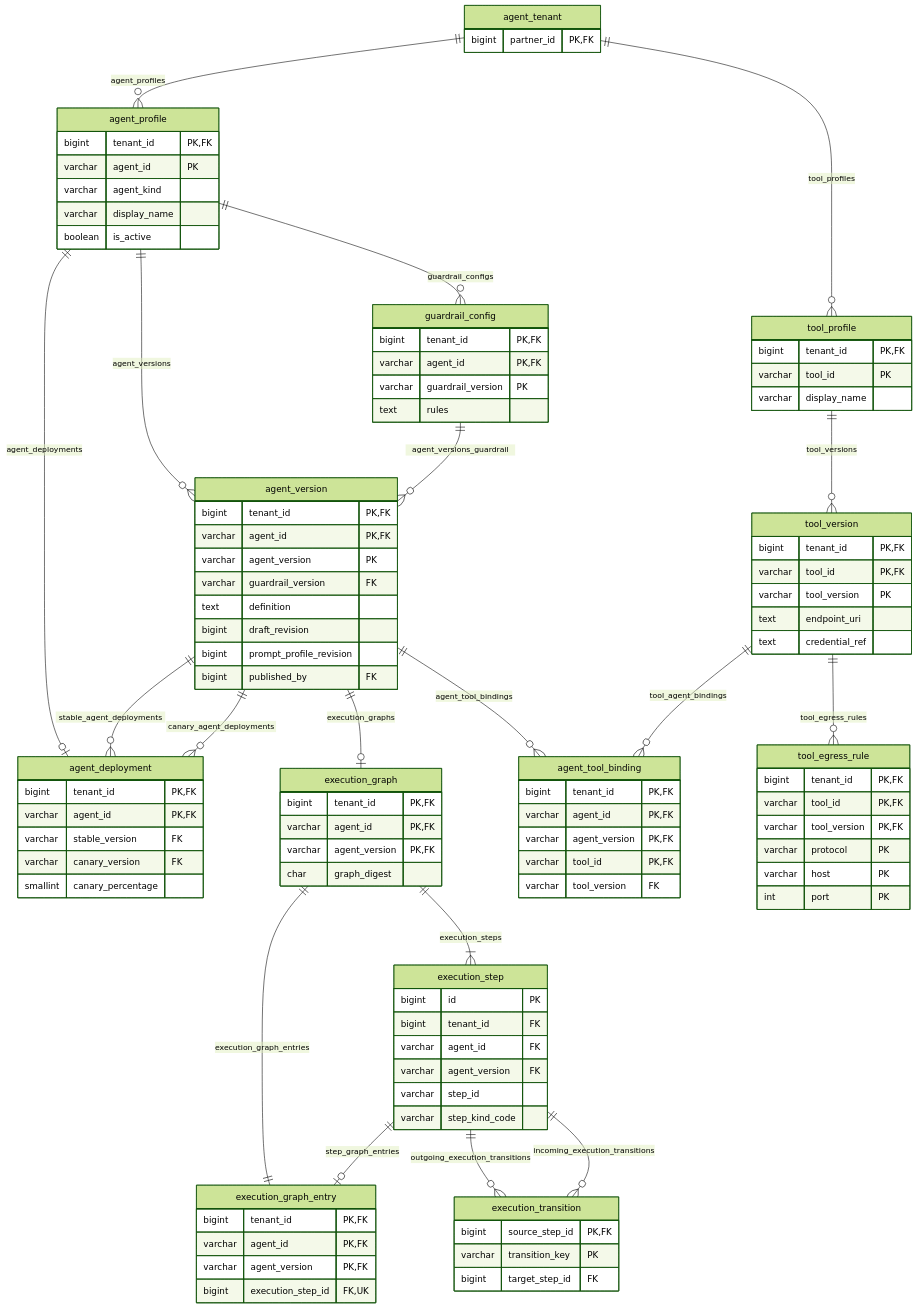
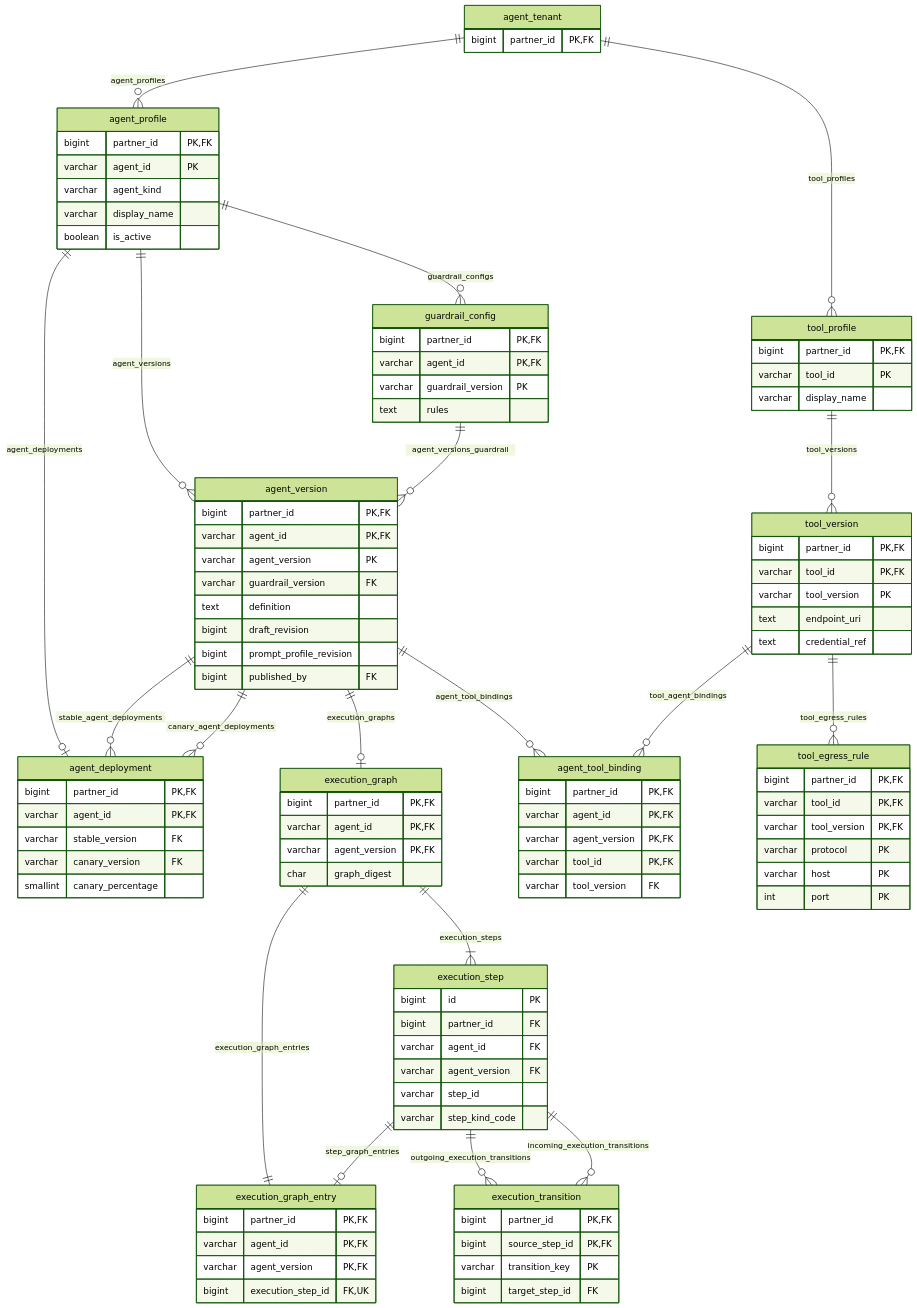
The fourth of 18 diagrams in doc/database.md (nauticana/scout), drawn with Mermaid (forest theme) before and after one commit. The commit also changed other lines of this file and 163 other files, not shown here.

Commit message:
Partner-scoped tenant tables, a registration catalog, tenant-aware tool listing

```diff
--- a/doc/database.md
+++ b/doc/database.md
@@ -531,20 +531,20 @@
         bigint partner_id PK,FK
     }
     agent_profile {
-        bigint tenant_id PK,FK
+        bigint partner_id PK,FK
         varchar agent_id PK
         varchar agent_kind
         varchar display_name
         boolean is_active
     }
     guardrail_config {
-        bigint tenant_id PK,FK
+        bigint partner_id PK,FK
         varchar agent_id PK,FK
         varchar guardrail_version PK
         text rules
     }
     agent_version {
-        bigint tenant_id PK,FK
+        bigint partner_id PK,FK
         varchar agent_id PK,FK
         varchar agent_version PK
         varchar guardrail_version FK
@@ -554,26 +554,26 @@
         bigint published_by FK
     }
     agent_deployment {
-        bigint tenant_id PK,FK
+        bigint partner_id PK,FK
         varchar agent_id PK,FK
         varchar stable_version FK
         varchar canary_version FK
         smallint canary_percentage
     }
     tool_profile {
-        bigint tenant_id PK,FK
+        bigint partner_id PK,FK
         varchar tool_id PK
         varchar display_name
     }
     tool_version {
-        bigint tenant_id PK,FK
+        bigint partner_id PK,FK
         varchar tool_id PK,FK
         varchar tool_version PK
         text endpoint_uri
         text credential_ref
     }
     tool_egress_rule {
-        bigint tenant_id PK,FK
+        bigint partner_id PK,FK
         varchar tool_id PK,FK
         varchar tool_version PK,FK
         varchar protocol PK
@@ -581,33 +581,34 @@
         int port PK
     }
     agent_tool_binding {
-        bigint tenant_id PK,FK
+        bigint partner_id PK,FK
         varchar agent_id PK,FK
         varchar agent_version PK,FK
         varchar tool_id PK,FK
         varchar tool_version FK
     }
     execution_graph {
-        bigint tenant_id PK,FK
+        bigint partner_id PK,FK
         varchar agent_id PK,FK
         varchar agent_version PK,FK
         char graph_digest
     }
     execution_step {
         bigint id PK
-        bigint tenant_id FK
+        bigint partner_id FK
         varchar agent_id FK
         varchar agent_version FK
         varchar step_id
         varchar step_kind_code
     }
     execution_graph_entry {
-        bigint tenant_id PK,FK
+        bigint partner_id PK,FK
         varchar agent_id PK,FK
         varchar agent_version PK,FK
         bigint execution_step_id FK,UK
     }
     execution_transition {
+        bigint partner_id PK,FK
         bigint source_step_id PK,FK
         varchar transition_key PK
         bigint target_step_id FK
```
